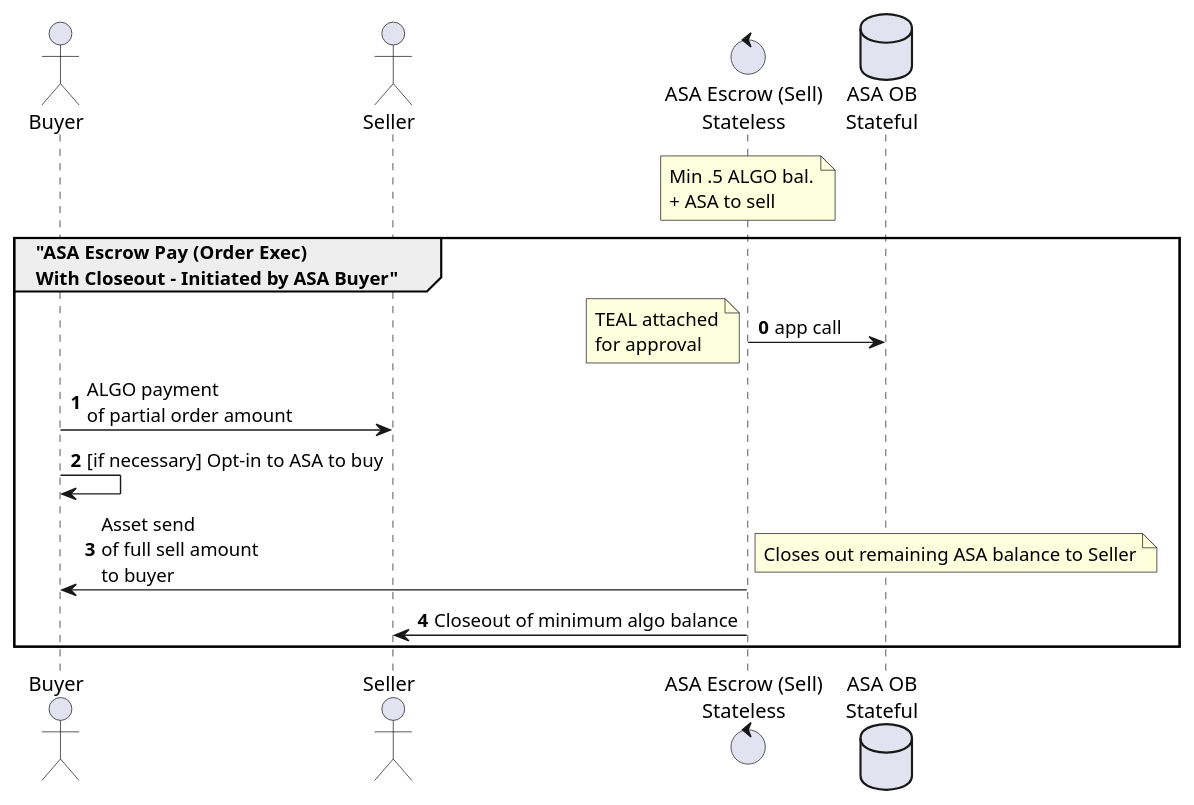
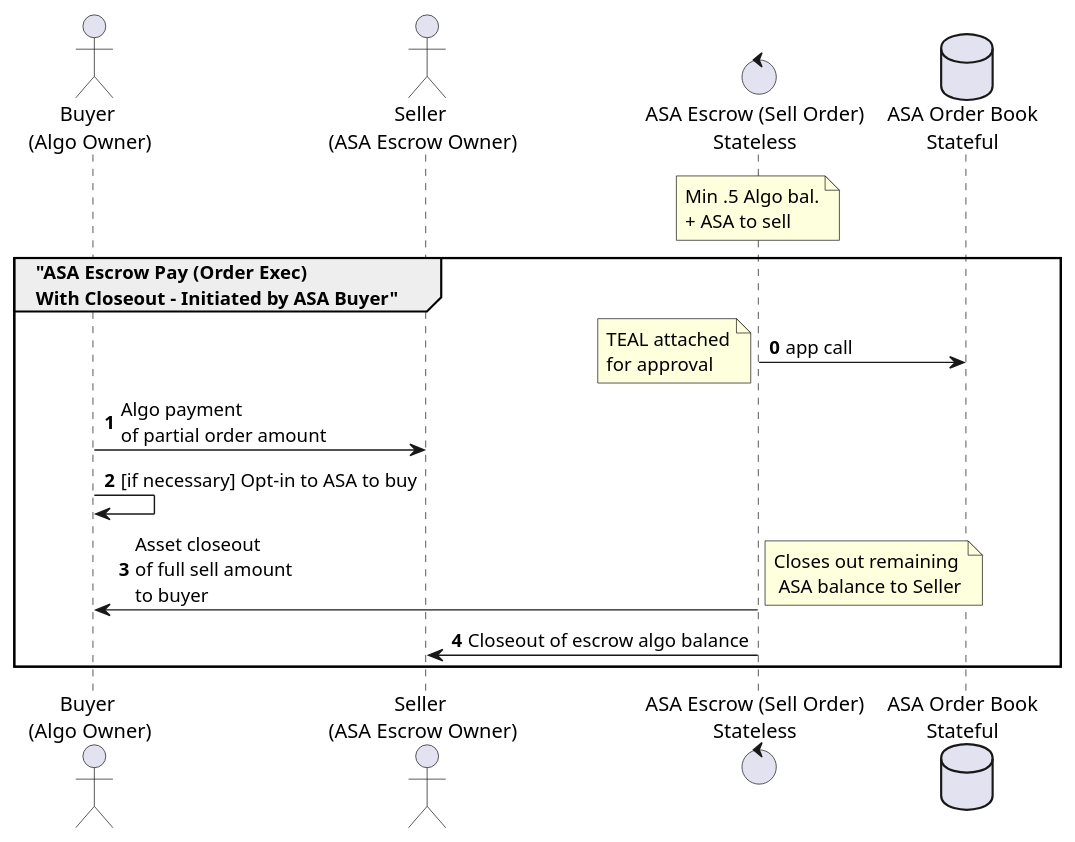
Before and after one commit to algodex/algodex-architecture: the diagram in diagrams/asa_escrow_execute_full.puml, drawn with PlantUML. The commit also changed 18 other files, not shown here.

Commit message:
Add architecture updates

```diff
--- a/diagrams/asa_escrow_execute_full.puml
+++ b/diagrams/asa_escrow_execute_full.puml
@@ -1,19 +1,19 @@
 @startuml
-actor Buyer
-actor Seller
-control "ASA Escrow (Sell)\nStateless" as ASAEscrow
-database "ASA OB\nStateful" as ASAOB
-note over ASAEscrow: Min .5 ALGO bal.\n+ ASA to sell
+actor "Buyer \n(Algo Owner)" as Buyer
+actor "Seller \n(ASA Escrow Owner)" as Seller
+control "ASA Escrow (Sell Order)\nStateless" as ASAEscrow
+database "ASA Order Book\nStateful" as ASAOB
+note over ASAEscrow: Min .5 Algo bal.\n+ ASA to sell
 
 group "ASA Escrow Pay (Order Exec)\nWith Closeout - Initiated by ASA Buyer"
 autonumber 0
 ASAEscrow -> ASAOB: app call
 note left: TEAL attached\nfor approval
-Buyer -> Seller: ALGO payment\nof partial order amount
+Buyer -> Seller: Algo payment\nof partial order amount
 Buyer -> Buyer: [if necessary] Opt-in to ASA to buy
-ASAEscrow -> Buyer: Asset send\nof full sell amount\nto buyer
-note right: Closes out remaining ASA balance to Seller
-ASAEscrow -> Seller: Closeout of minimum algo balance
+ASAEscrow -> Buyer: Asset closeout\nof full sell amount\nto buyer
+note right: Closes out remaining\n ASA balance to Seller
+ASAEscrow -> Seller: Closeout of escrow algo balance
 end
 
 @enduml
```
